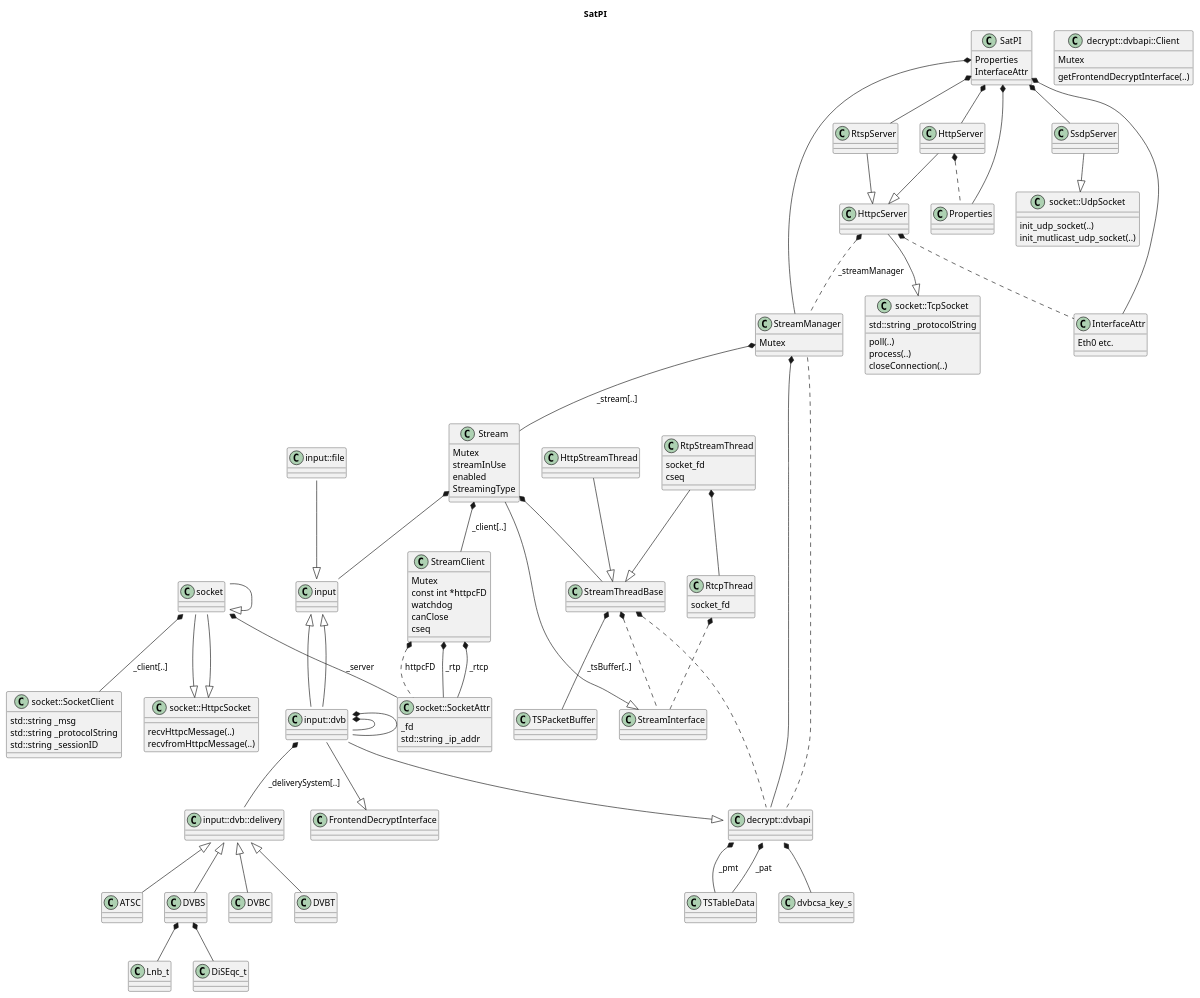
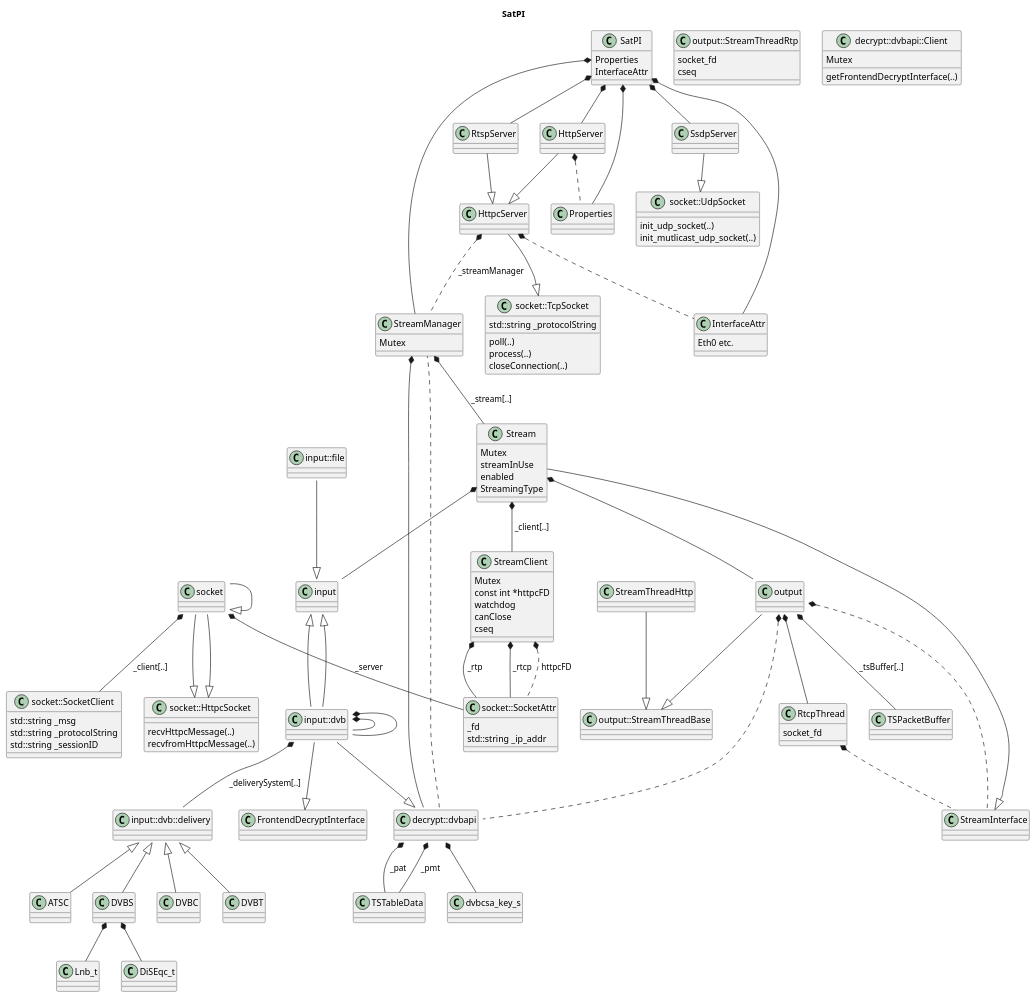
The diagram in SatPI.plantuml (Barracuda09/SATPI), drawn with PlantUML before and after one commit. The commit also changed 30 other files, not shown here.

```diff
--- a/SatPI.plantuml
+++ b/SatPI.plantuml
@@ -1,150 +1,150 @@
 @startuml
 
 hide footbox
 
 title SatPI
 
 SatPI *-- StreamManager
 SatPI *-- RtspServer
 SatPI *-- HttpServer
 SatPI *-- SsdpServer
 SatPI *-- Properties
 SatPI *-- InterfaceAttr
 
 
 class SatPI {
   Properties
   InterfaceAttr
 }
 
 class InterfaceAttr {
   Eth0 etc.
 }
 
 class socket::HttpcSocket {
   recvHttpcMessage(..)
   recvfromHttpcMessage(..)
 }
 
 socket::SocketClient --|> socket::SocketAttr
 class socket::SocketClient {
   std::string _msg
   std::string _protocolString
   std::string _sessionID
 }
 
 class socket::SocketAttr {
   _fd
   std::string _ip_addr
 }
 
 socket::TcpSocket --|> socket::HttpcSocket
 socket::TcpSocket *-- socket::SocketAttr : "_server"
 socket::TcpSocket *-- socket::SocketClient : "_client[..]"
 class socket::TcpSocket {
   poll(..)
   process(..)
   closeConnection(..)
   std::string _protocolString
 }
 
 socket::UdpSocket --|> socket::HttpcSocket
 class socket::UdpSocket {
   init_udp_socket(..)
   init_mutlicast_udp_socket(..)
 }
 
 SsdpServer --|> socket::UdpSocket
 
 RtspServer --|> HttpcServer
 
 HttpServer --|> HttpcServer
 HttpServer *.. Properties
 
 HttpcServer --|> socket::TcpSocket
 HttpcServer *.. StreamManager : "_streamManager"
 HttpcServer *.. InterfaceAttr
 
 Stream --|> StreamInterface
 Stream *-- StreamClient : " _client[..] "
 Stream *-- input::Device
-Stream *-- StreamThreadBase
+Stream *-- output::StreamThreadBase
 class Stream {
   Mutex
   streamInUse
   enabled
   StreamingType
 }
 
 StreamManager *-- Stream : " _stream[..] "
 StreamManager *-- decrypt::dvbapi::Client
 class StreamManager {
   Mutex
 }
 
 StreamClient *-- socket::SocketAttr : " _rtp "
 StreamClient *-- socket::SocketAttr : " _rtcp "
 StreamClient *.. socket::SocketAttr : " httpcFD "
 class StreamClient {
   Mutex
   const int *httpcFD
   watchdog
   canClose
   cseq
 }
 
-StreamThreadBase *.. decrypt::dvbapi::Client
-StreamThreadBase *-- TSPacketBuffer : " _tsBuffer[..] "
-StreamThreadBase *.. StreamInterface
-class StreamThreadBase {
+output::StreamThreadBase *.. decrypt::dvbapi::Client
+output::StreamThreadBase *-- TSPacketBuffer : " _tsBuffer[..] "
+output::StreamThreadBase *.. StreamInterface
+class output::StreamThreadBase {
 }
 
 
-RtpStreamThread --|> StreamThreadBase
-RtpStreamThread *-- RtcpThread
-class RtpStreamThread {
+output::StreamThreadRtp --|> output::StreamThreadBase
+output::StreamThreadRtp *-- RtcpThread
+class output::StreamThreadRtp {
   socket_fd
   cseq
 }
 
 RtcpThread *.. StreamInterface
 class RtcpThread {
   socket_fd
 }
 
-HttpStreamThread --|> StreamThreadBase
+StreamThreadHttp --|> output::StreamThreadBase
 
 decrypt::dvbapi::Client  .  StreamManager
 class decrypt::dvbapi::Client {
   Mutex
   getFrontendDecryptInterface(..)
 }
 
 input::file::TSReader --|> input::Device
 
 input::Device <|-- input::dvb::Frontend
 
 input::dvb::Frontend --|> FrontendDecryptInterface
 input::dvb::Frontend *-- input::dvb::delivery::System : " _deliverySystem[..] "
 input::dvb::Frontend *-- input::dvb::FrontendData
 
 
 input::dvb::delivery::System <|-- DVBS
 input::dvb::delivery::System <|-- DVBC
 input::dvb::delivery::System <|-- DVBT
 input::dvb::delivery::System <|-- ATSC
 
 
 DVBS *-- Lnb_t
 DVBS *-- DiSEqc_t
 
 decrypt::dvbapi::ClientProperties *-- dvbcsa_key_s
 decrypt::dvbapi::ClientProperties *-- TSTableData : " _pat "
 decrypt::dvbapi::ClientProperties *-- TSTableData : " _pmt "
 
 input::DeviceData <|-- input::dvb::FrontendData
 
 input::dvb::FrontendData --|> decrypt::dvbapi::ClientProperties
 input::dvb::FrontendData *-- input::dvb::PidTable
 
 @enduml
```
